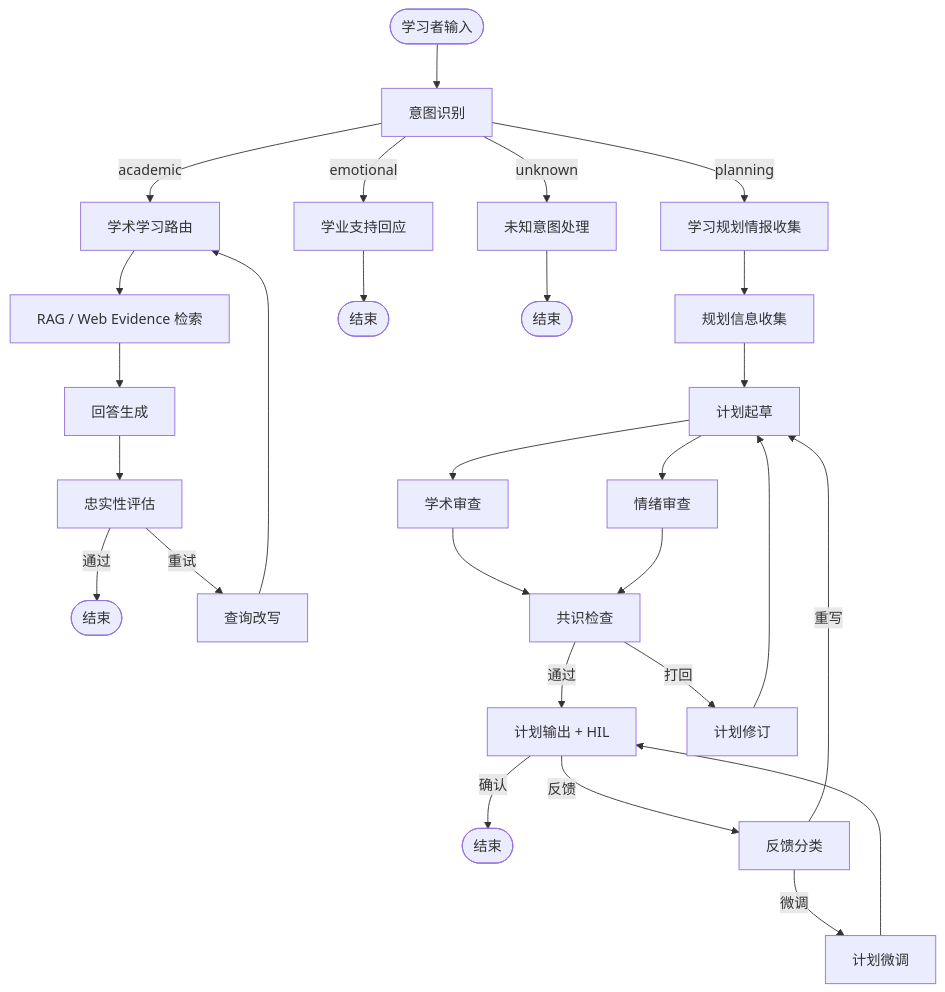
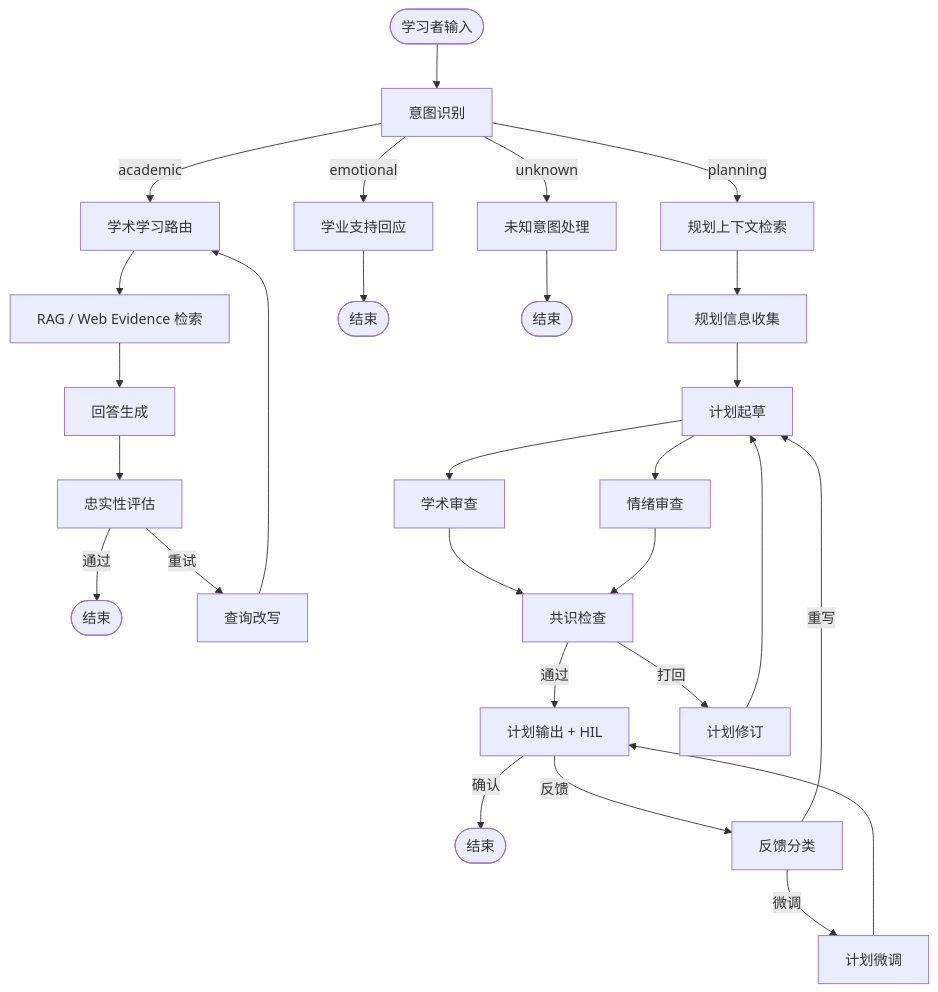
The diagram in README.md (kyle-1227/A3_study_agent), drawn with Mermaid before and after one commit. The commit also changed 15 other files, not shown here.

First line of the commit message:
feat：将 planning policy 节点重命名为 planning context

````diff
--- a/README.md
+++ b/README.md
@@ -41,35 +41,35 @@
 ```mermaid
 graph TD
   START([学习者输入]) --> supervisor[意图识别]
 
   supervisor -->|academic| academic_router[学术学习路由]
-  supervisor -->|planning| search_policy[学习规划情报收集]
+  supervisor -->|planning| gather_planning_context[规划上下文检索]
   supervisor -->|emotional| emotional_response[学业支持回应]
   supervisor -->|unknown| handle_unknown[未知意图处理]
 
   academic_router --> rag_retrieve[RAG / Web Evidence 检索]
   rag_retrieve --> generate_answer[回答生成]
   generate_answer --> evaluate_hallucination[忠实性评估]
   evaluate_hallucination -->|通过| END_A([结束])
   evaluate_hallucination -->|重试| rewrite_query[查询改写]
   rewrite_query --> academic_router
 
-  search_policy --> gather_intel[规划信息收集]
+  gather_planning_context --> gather_intel[规划信息收集]
   gather_intel --> drafter[计划起草]
   drafter --> reviewer_academic[学术审查]
   drafter --> reviewer_emotional[情绪审查]
   reviewer_academic --> consensus_check[共识检查]
   reviewer_emotional --> consensus_check
   consensus_check -->|通过| plan_output[计划输出 + HIL]
   consensus_check -->|打回| adv_rewrite[计划修订]
   adv_rewrite --> drafter
 
   plan_output -->|确认| END_P([结束])
   plan_output -->|反馈| feedback_router[反馈分类]
   feedback_router -->|微调| plan_tweak[计划微调]
   feedback_router -->|重写| drafter
   plan_tweak --> plan_output
 
   emotional_response --> END_E([结束])
   handle_unknown --> END_U([结束])
 ```
````
